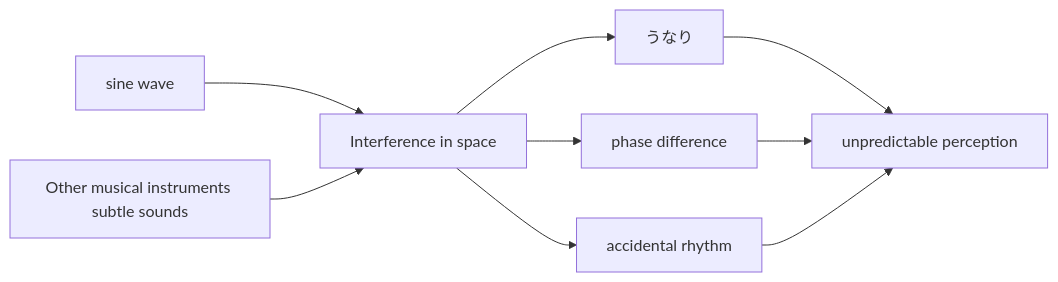
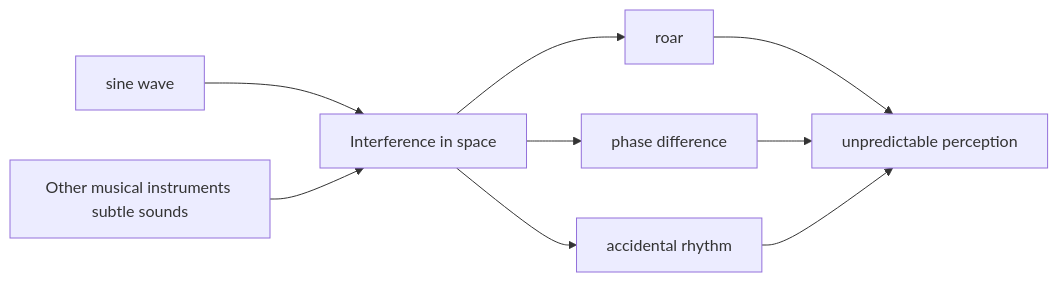
One commit to monumental-movement/monumental-movement.github.io changed the third of 11 diagrams in en/_posts/2026-04-18-column-sachiko-m.md. Above: the diagram before and after it, drawn with Mermaid. The commit also changed other lines of this file and 423 other files, not shown here.

```diff
--- a/en/_posts/2026-04-18-column-sachiko-m.md
+++ b/en/_posts/2026-04-18-column-sachiko-m.md
@@ -256,11 +256,11 @@
 <div class="mermaid">
 flowchart LR
     A[sine wave] --> D[Interference in space]
     B[Other musical instruments subtle sounds] --> D
-    D --> E[うなり]
+    D --> E[roar]
     D --> F[phase difference]
     D --> G[accidental rhythm]
     E --> H[unpredictable perception]
     F --> H
     G --> H
 </div>
```
